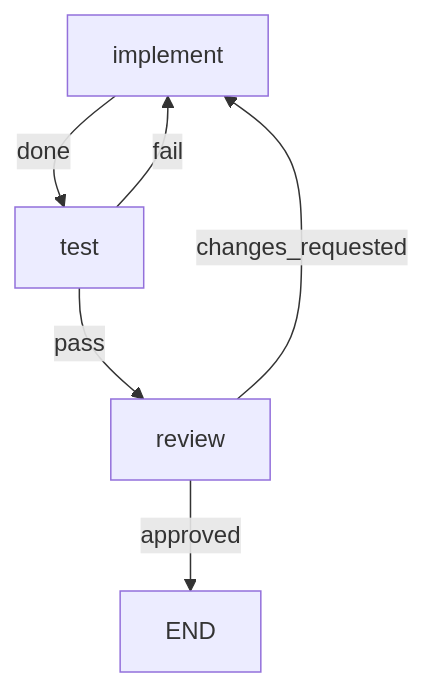
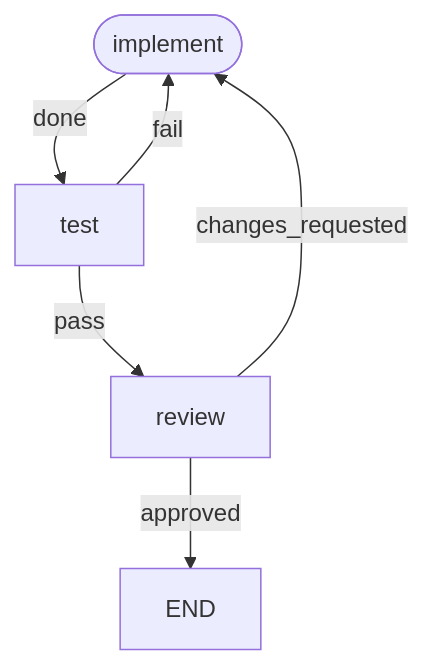
One commit to sylmarien/workgraph changed the diagram in README.md. Above: the diagram before and after it, drawn with Mermaid. The commit also changed 3 other files, not shown here.

````diff
--- a/README.md
+++ b/README.md
@@ -11,8 +11,9 @@
 ```mermaid
 flowchart TD
+    implement([implement])
     implement -->|done| test
     test -->|pass| review
     test -->|fail| implement
     review -->|approved| END
     review -->|changes_requested| implement
 ```
````
